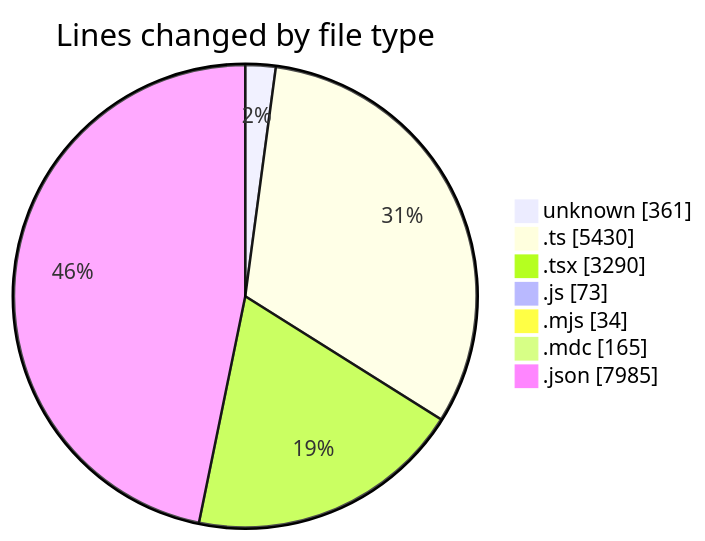
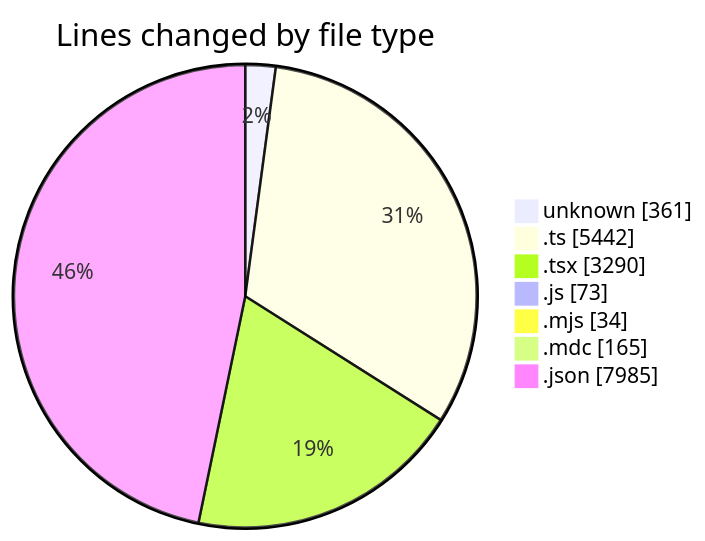
The first of 2 diagrams in 2025-06-13/ecodeli-1/README.md (CELIANVF/code-tracking), drawn with Mermaid before and after one commit. The commit also changed other lines of this file and 1 other file, not shown here.

````diff
--- a/2025-06-13/ecodeli-1/README.md
+++ b/2025-06-13/ecodeli-1/README.md
@@ -37,11 +37,11 @@
 ```mermaid
 pie showData
 title Lines changed by file type
 "unknown" : 361
-".ts" : 5430
+".ts" : 5442
 ".tsx" : 3290
 ".js" : 73
 ".mjs" : 34
 ".mdc" : 165
 ".json" : 7985
 ```
````
